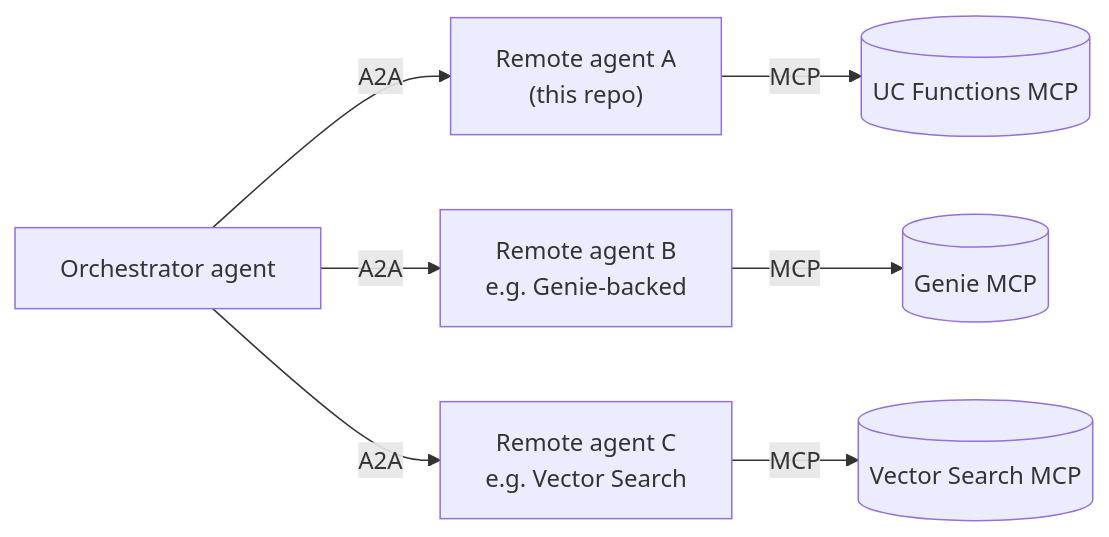
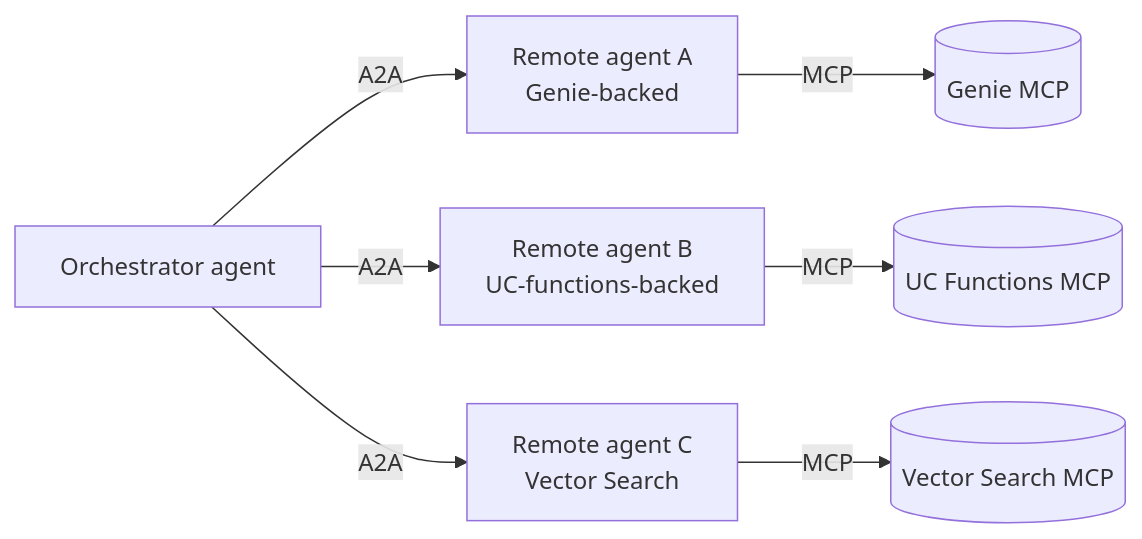
One commit to sdonohoo-db/databricks-a2a-governed-services-demo changed the second of 3 diagrams in README.md. Above: the diagram before and after it, drawn with Mermaid. The commit also changed other lines of this file and 5 other files, not shown here.

````diff
--- a/README.md
+++ b/README.md
@@ -36,9 +36,9 @@
 ```mermaid
 flowchart LR
-    orch["Orchestrator agent"] -- A2A --> a1["Remote agent A<br/>(this repo)"]
-    orch -- A2A --> a2["Remote agent B<br/>e.g. Genie-backed"]
-    orch -- A2A --> a3["Remote agent C<br/>e.g. Vector Search"]
-    a1 -- MCP --> m1[(UC Functions MCP)]
-    a2 -- MCP --> m2[(Genie MCP)]
+    orch["Orchestrator agent"] -- A2A --> a1["Remote agent A<br/>Genie-backed"]
+    orch -- A2A --> a2["Remote agent B<br/>UC-functions-backed"]
+    orch -- A2A --> a3["Remote agent C<br/>Vector Search"]
+    a1 -- MCP --> m1[(Genie MCP)]
+    a2 -- MCP --> m2[(UC Functions MCP)]
     a3 -- MCP --> m3[(Vector Search MCP)]
 ```
````
